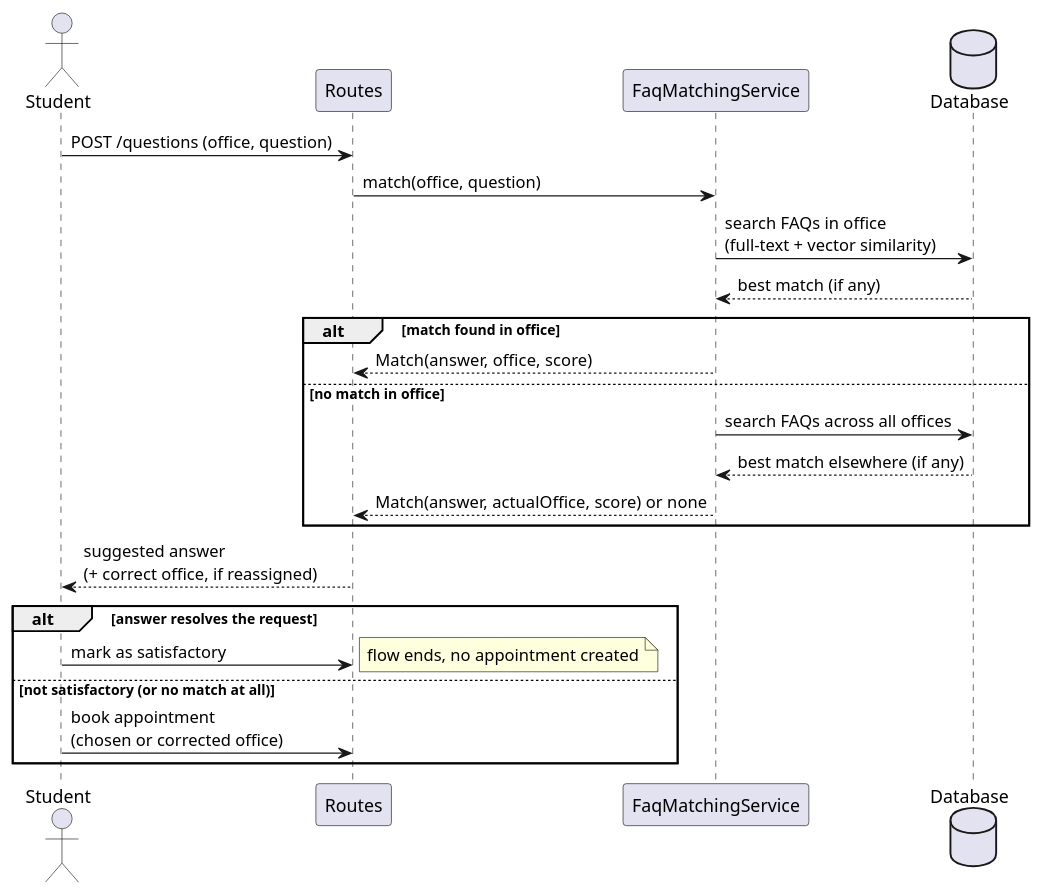
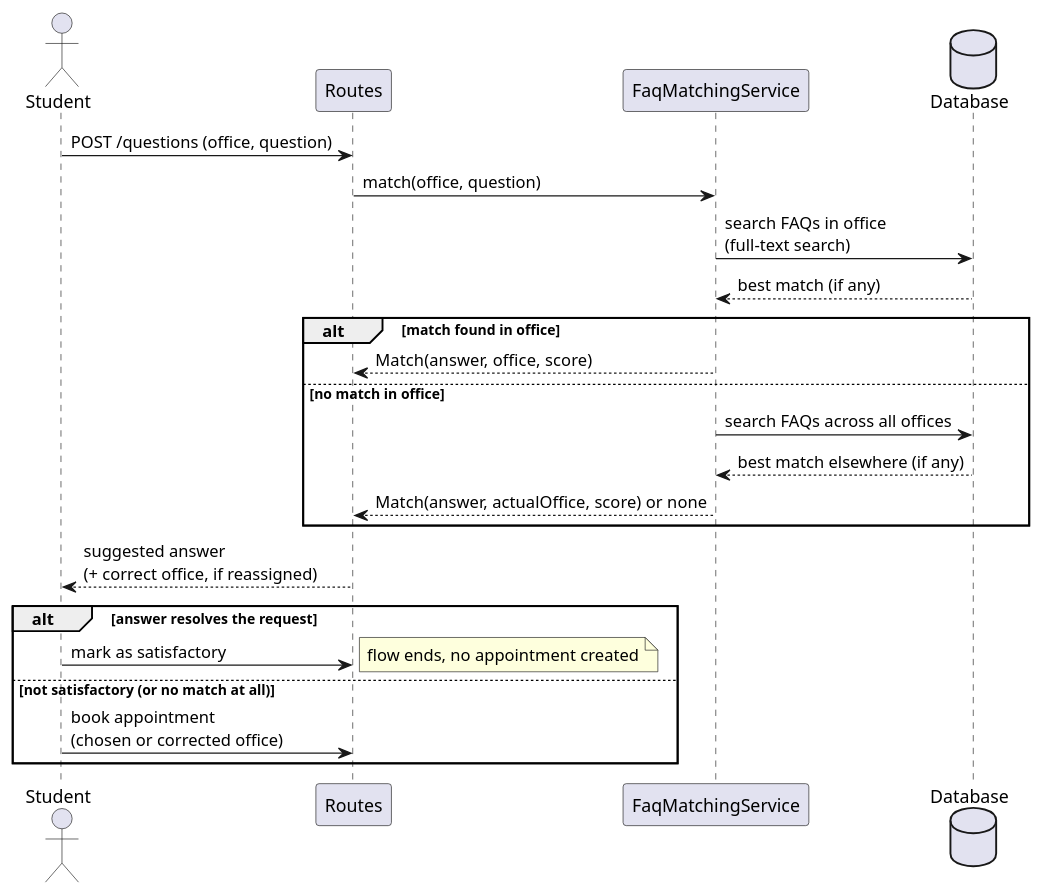
Before and after one commit to unibo-dtm-se-2526-PRONTO/report: the diagram in sections/03-design/assets/seq1.puml, drawn with PlantUML. The commit also changed 1 other file, not shown here.

Commit message:
docs(design): drop vector similarity from the faq search diagram

```diff
--- a/sections/03-design/assets/seq1.puml
+++ b/sections/03-design/assets/seq1.puml
@@ -1,28 +1,28 @@
 @startuml seq1
 actor Student as student
 participant "Routes" as routes
 participant "FaqMatchingService" as faqsvc
 database "Database" as db
 
 student -> routes : POST /questions (office, question)
 routes -> faqsvc : match(office, question)
-faqsvc -> db : search FAQs in office\n(full-text + vector similarity)
+faqsvc -> db : search FAQs in office\n(full-text search)
 db --> faqsvc : best match (if any)
 
 alt match found in office
   faqsvc --> routes : Match(answer, office, score)
 else no match in office
   faqsvc -> db : search FAQs across all offices
   db --> faqsvc : best match elsewhere (if any)
   faqsvc --> routes : Match(answer, actualOffice, score) or none
 end
 
 routes --> student : suggested answer\n(+ correct office, if reassigned)
 
 alt answer resolves the request
   student -> routes : mark as satisfactory
   note right : flow ends, no appointment created
 else not satisfactory (or no match at all)
   student -> routes : book appointment\n(chosen or corrected office)
 end
 @enduml
```
